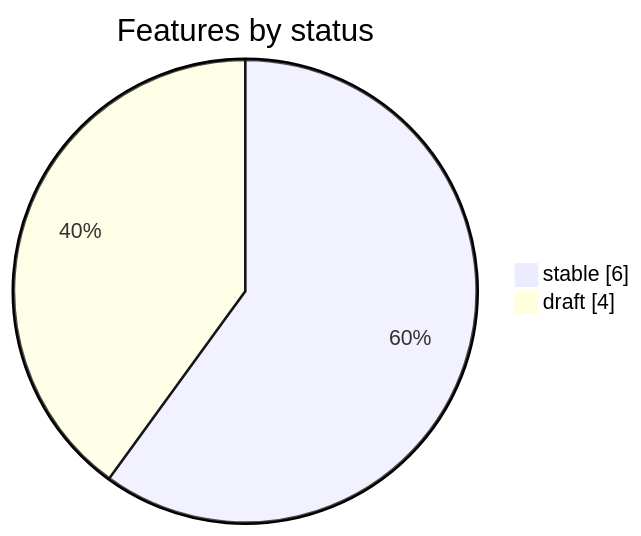
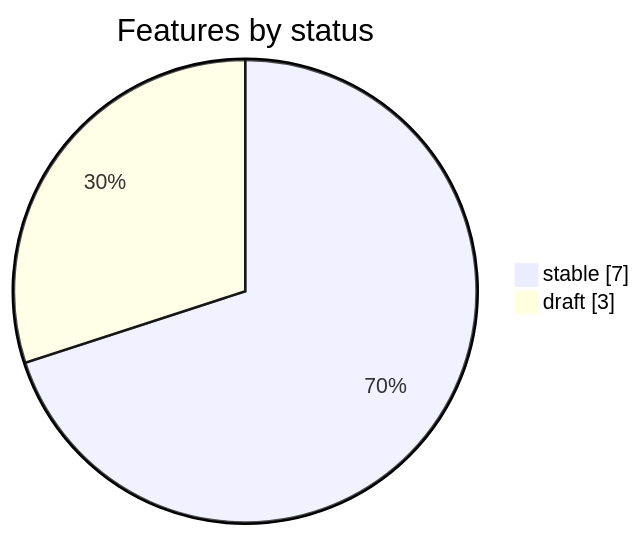
One commit to korczis/OpenTTD changed the diagram in .ai/repo/features/README.md. Above: the diagram before and after it, drawn with Mermaid. The commit also changed other lines of this file and 10 other files, not shown here.

````diff
--- a/.ai/repo/features/README.md
+++ b/.ai/repo/features/README.md
@@ -119,6 +119,6 @@
 ```mermaid
 pie showData title Features by status
     %% links: README.md?col=Status&filter=stable#in-this-repository | README.md?col=Status&filter=draft#in-this-repository
-    "stable" : 6
-    "draft" : 4
+    "stable" : 7
+    "draft" : 3
 ```
````
